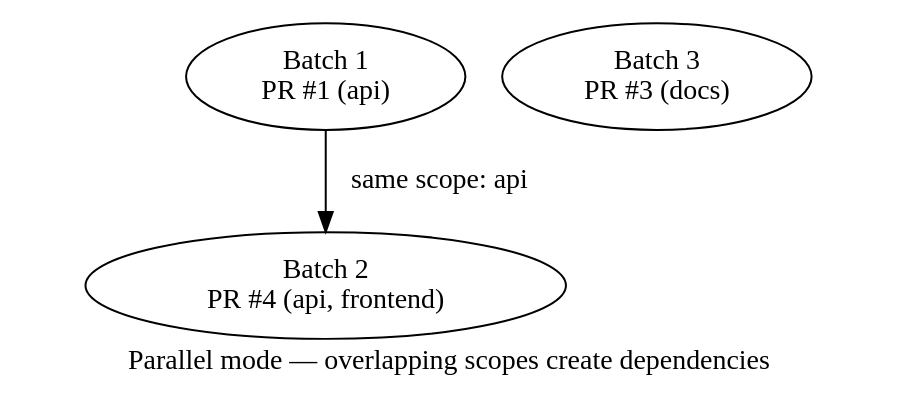
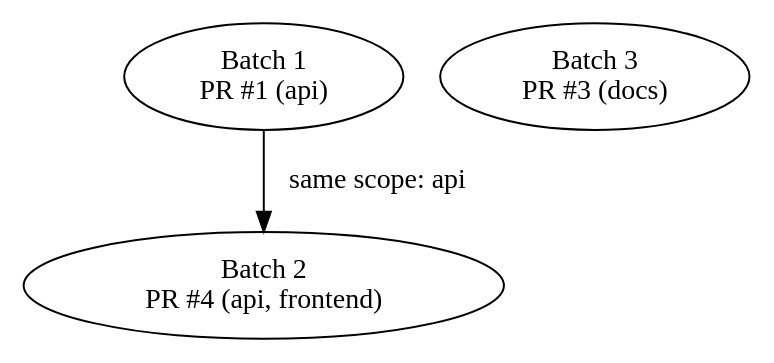
Before and after one commit to Mergifyio/docs: the third of 5 diagrams in src/content/docs/merge-queue/queue-modes.mdx, drawn with Graphviz. The commit also changed other lines of this file and 20 other files, not shown here.

First line of the commit message:
feat(diagrams): size by type, caption in HTML, one meaning per role

````diff
--- a/src/content/docs/merge-queue/queue-modes.mdx
+++ b/src/content/docs/merge-queue/queue-modes.mdx
@@ -106,11 +104,10 @@
-```dot class="queue"
+```dot class="queue" title="Parallel mode — batch 2 shares the api scope with batch 1, so it waits; batch 3 proceeds on its own"
 digraph {
-  label="Parallel mode — overlapping scopes create dependencies";
-  PR1 [label="Batch 1\nPR #1 (api)", class="queued"];
+  PR1 [label="Batch 1\nPR #1 (api)", class="pending"];
   PR4 [label="Batch 2\nPR #4 (api, frontend)", class="queued"];
-  PR3 [label="Batch 3\nPR #3 (docs)", class="queued"];
+  PR3 [label="Batch 3\nPR #3 (docs)", class="pending"];
 
   PR1 -> PR4 [label="same scope: api"];
   { rank=same; PR1; PR3; }
 }
 ```
````
